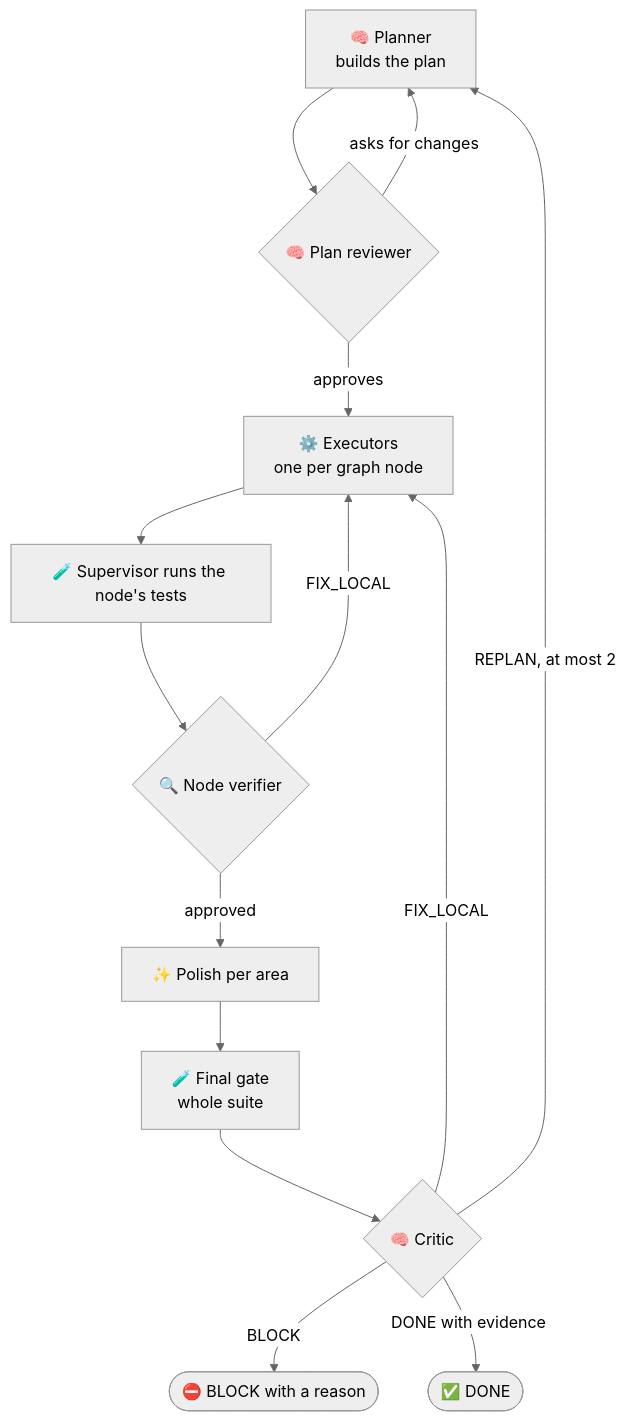
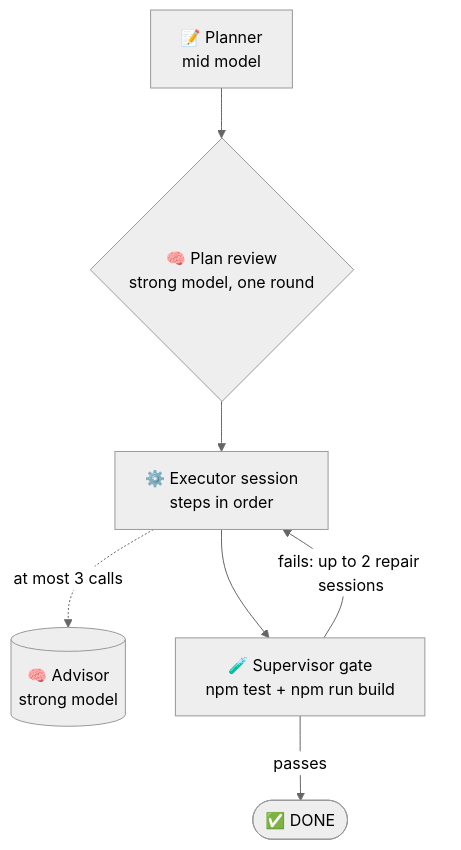
Before and after one commit to zqf20096327/ai_collect: the diagram in data/readmes/Dougladmo__graph-eng.md, drawn with Mermaid (neutral theme). The commit also changed other lines of this file and 1657 other files, not shown here.

````diff
--- a/data/readmes/Dougladmo__graph-eng.md
+++ b/data/readmes/Dougladmo__graph-eng.md
@@ -124,16 +93,9 @@
 ```mermaid
 flowchart TD
-  P[🧠 Planner<br/>builds the plan] --> R{🧠 Plan reviewer}
-  R -- asks for changes --> P
-  R -- approves --> W[⚙️ Executors<br/>one per graph node]
-  W --> C[🧪 Supervisor runs the node's tests]
-  C --> V{🔍 Node verifier}
-  V -- FIX_LOCAL --> W
-  V -- approved --> PO[✨ Polish per area]
-  PO --> G[🧪 Final gate<br/>whole suite]
-  G --> K{🧠 Critic}
-  K -- FIX_LOCAL --> W
-  K -- REPLAN, at most 2 --> P
-  K -- BLOCK --> B([⛔ BLOCK with a reason])
-  K -- DONE with evidence --> D([✅ DONE])
+  P[📝 Planner<br/>mid model] --> R{🧠 Plan review<br/>strong model, one round}
+  R --> E[⚙️ Executor session<br/>steps in order]
+  E -. at most 3 calls .-> A[(🧠 Advisor<br/>strong model)]
+  E --> G[🧪 Supervisor gate<br/>npm test + npm run build]
+  G -- fails: up to 2 repair sessions --> E
+  G -- passes --> D([✅ DONE])
 ```
````
